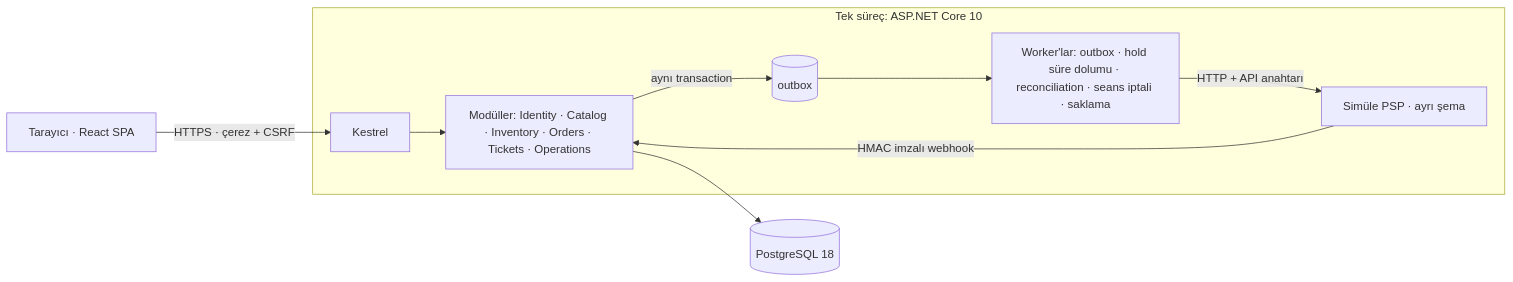
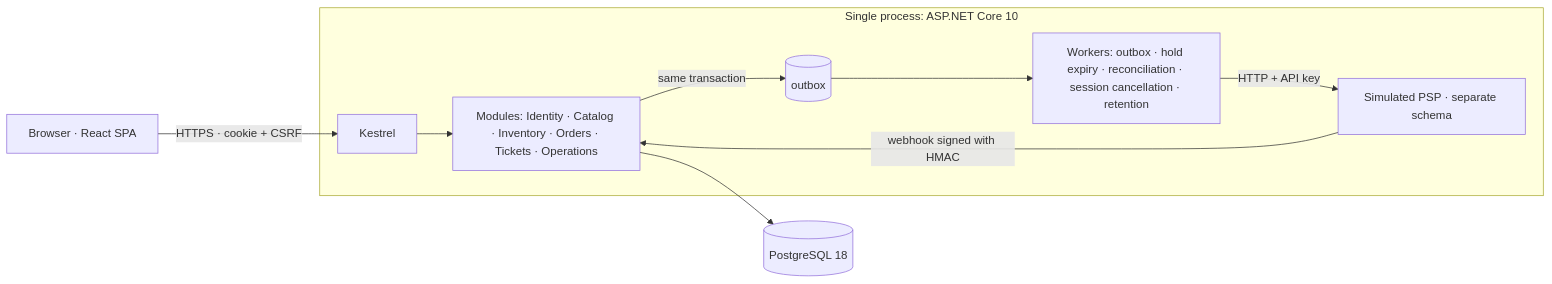
One commit to TCoderr/event-ticketing-platform changed the diagram in README.md. Above: the diagram before and after it, drawn with Mermaid. The commit also changed other lines of this file and 1 other file, not shown here.

````diff
--- a/README.md
+++ b/README.md
@@ -26,12 +29,12 @@
 ```mermaid
 flowchart LR
-    B[Tarayıcı · React SPA] -- HTTPS · çerez + CSRF --> K
-    subgraph Loca.Api [Tek süreç: ASP.NET Core 10]
-      K[Kestrel] --> M[Modüller: Identity · Catalog · Inventory · Orders · Tickets · Operations]
-      M -- aynı transaction --> O[(outbox)]
-      O --> W[Worker'lar: outbox · hold süre dolumu · reconciliation · seans iptali · saklama]
-      W -- HTTP + API anahtarı --> S[Simüle PSP · ayrı şema]
-      S -- HMAC imzalı webhook --> M
+    B[Browser · React SPA] -- HTTPS · cookie + CSRF --> K
+    subgraph Loca.Api [Single process: ASP.NET Core 10]
+      K[Kestrel] --> M[Modules: Identity · Catalog · Inventory · Orders · Tickets · Operations]
+      M -- same transaction --> O[(outbox)]
+      O --> W[Workers: outbox · hold expiry · reconciliation · session cancellation · retention]
+      W -- HTTP + API key --> S[Simulated PSP · separate schema]
+      S -- webhook signed with HMAC --> M
     end
     M --> PG[(PostgreSQL 18)]
 ```
````
